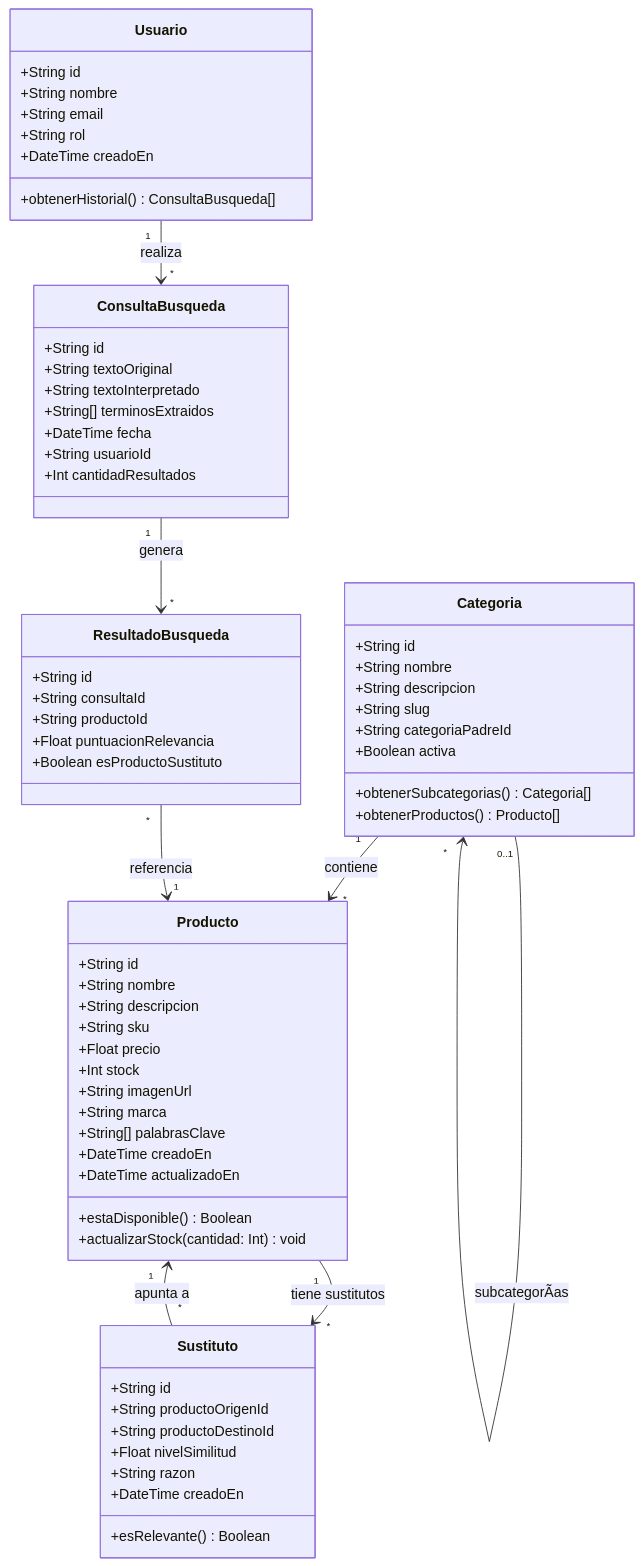
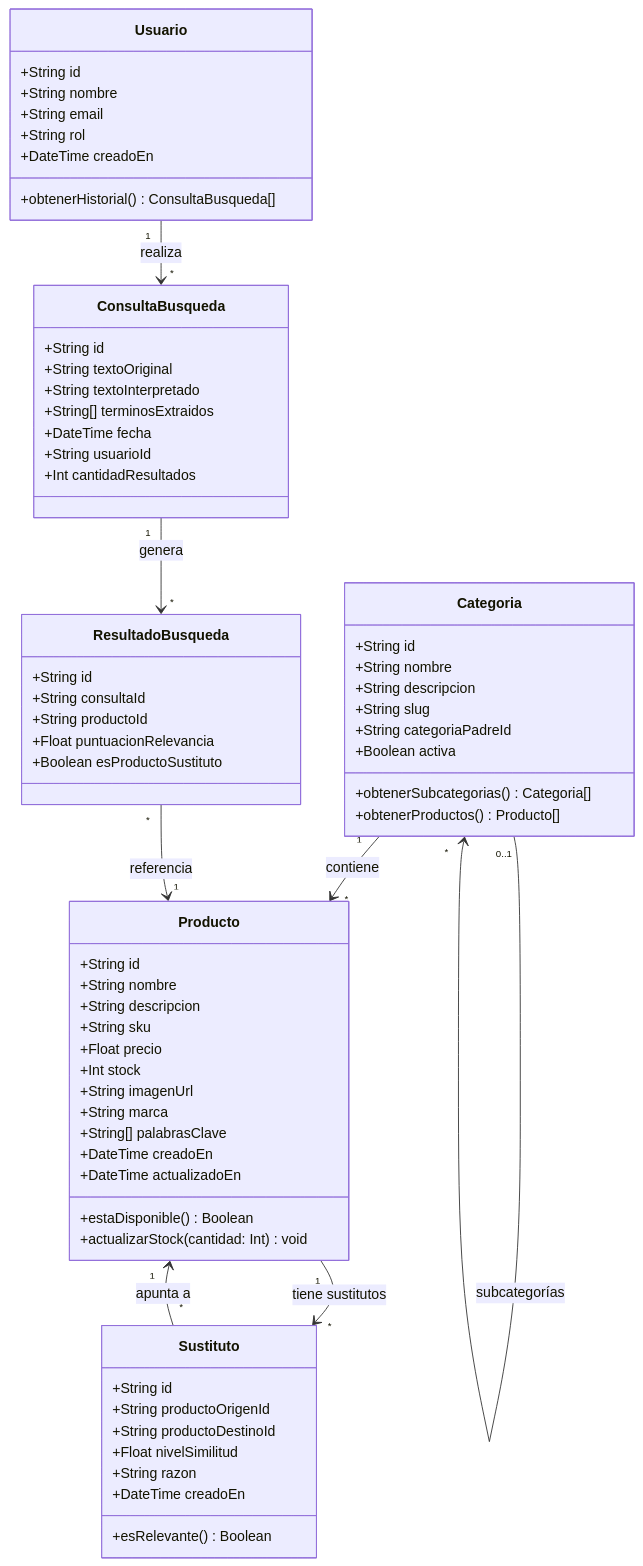
The third of 6 diagrams in diagramas_UML.md (Samsr2001/buscador-ferreteria), drawn with Mermaid before and after one commit. The commit also changed other lines of this file, not shown here.

Commit message:
fix(docs): restaurar codificacion y sintaxis markdown de diagramas UML

````diff
--- a/diagramas_UML.md
+++ b/diagramas_UML.md
@@ -72,74 +72,74 @@
 ```mermaid
 classDiagram
     class Producto {
         +String id
         +String nombre
         +String descripcion
         +String sku
         +Float precio
         +Int stock
         +String imagenUrl
         +String marca
         +String[] palabrasClave
         +DateTime creadoEn
         +DateTime actualizadoEn
         +estaDisponible() Boolean
         +actualizarStock(cantidad: Int) void
     }
 
     class Categoria {
         +String id
         +String nombre
         +String descripcion
         +String slug
         +String categoriaPadreId
         +Boolean activa
         +obtenerSubcategorias() Categoria[]
         +obtenerProductos() Producto[]
     }
 
     class Sustituto {
         +String id
         +String productoOrigenId
         +String productoDestinoId
         +Float nivelSimilitud
         +String razon
         +DateTime creadoEn
         +esRelevante() Boolean
     }
 
     class ConsultaBusqueda {
         +String id
         +String textoOriginal
         +String textoInterpretado
         +String[] terminosExtraidos
         +DateTime fecha
         +String usuarioId
         +Int cantidadResultados
     }
 
     class ResultadoBusqueda {
         +String id
         +String consultaId
         +String productoId
         +Float puntuacionRelevancia
         +Boolean esProductoSustituto
     }
 
     class Usuario {
         +String id
         +String nombre
         +String email
         +String rol
         +DateTime creadoEn
         +obtenerHistorial() ConsultaBusqueda[]
     }
 
     Producto "1" --> "*" Sustituto : tiene sustitutos
     Sustituto "*" --> "1" Producto : apunta a
     Categoria "1" --> "*" Producto : contiene
-    Categoria "0..1" --> "*" Categoria : subcategorÃ­as
+    Categoria "0..1" --> "*" Categoria : subcategorías
     ConsultaBusqueda "1" --> "*" ResultadoBusqueda : genera
     ResultadoBusqueda "*" --> "1" Producto : referencia
     Usuario "1" --> "*" ConsultaBusqueda : realiza
 ```
````
